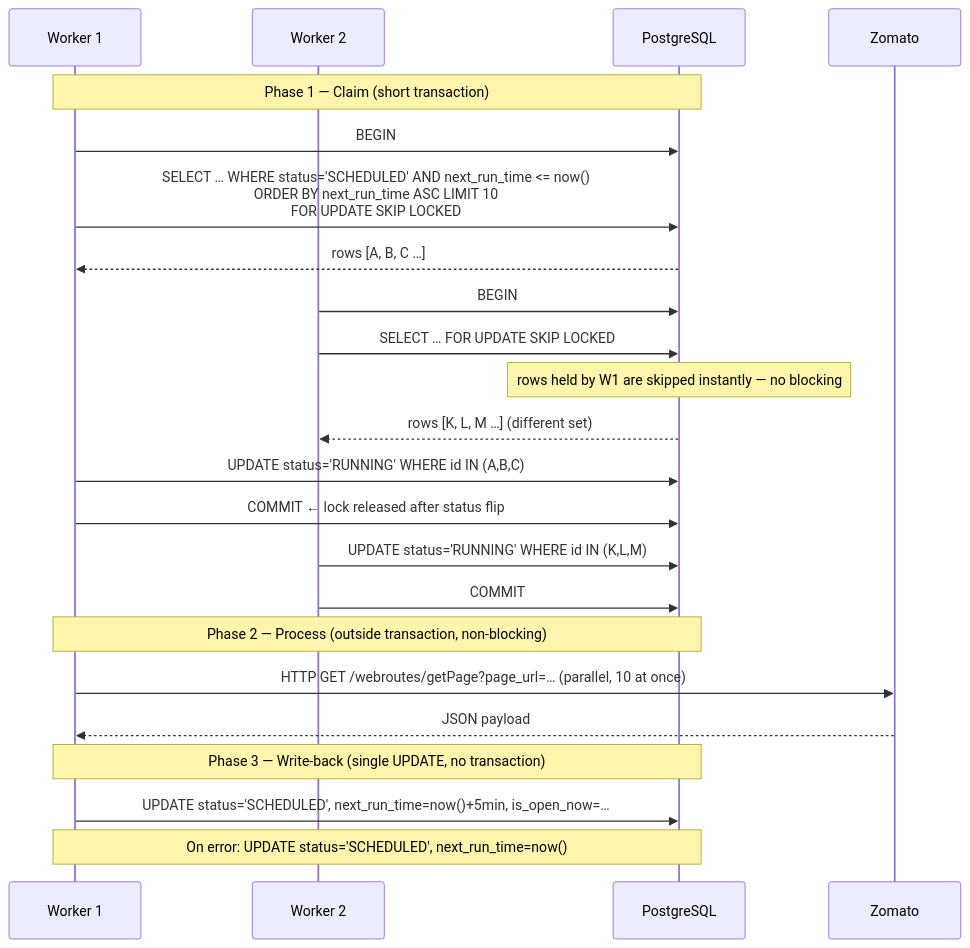
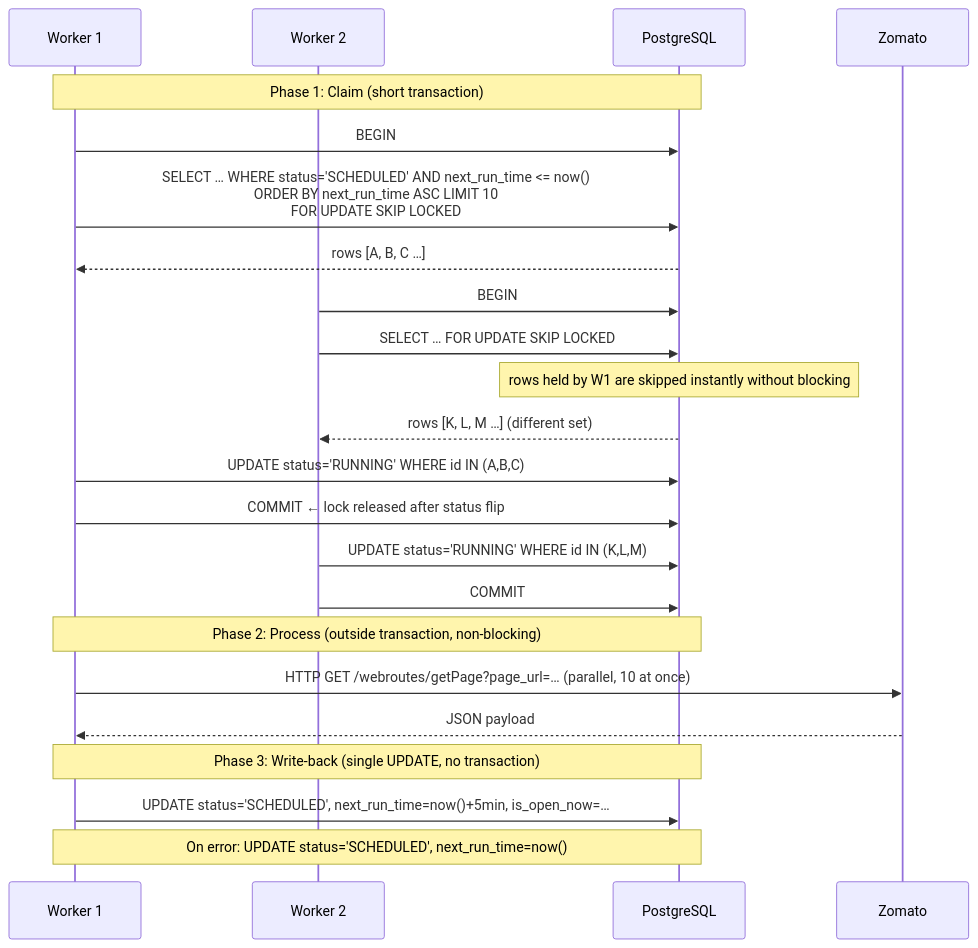
Before and after one commit to arfath-linklet/resto-monitor-mono: the first of 3 diagrams in DESIGN.md, drawn with Mermaid. The commit also changed other lines of this file, not shown here.

````diff
--- a/DESIGN.md
+++ b/DESIGN.md
@@ -77,27 +77,27 @@
 ```mermaid
 sequenceDiagram
     participant W1 as Worker 1
     participant W2 as Worker 2
     participant PG as PostgreSQL
 
-    Note over W1,PG: Phase 1 — Claim (short transaction)
+    Note over W1,PG: Phase 1: Claim (short transaction)
     W1->>PG: BEGIN
     W1->>PG: SELECT … WHERE status='SCHEDULED' AND next_run_time <= now()<br/>ORDER BY next_run_time ASC LIMIT 10<br/>FOR UPDATE SKIP LOCKED
     PG-->>W1: rows [A, B, C …]
     W2->>PG: BEGIN
     W2->>PG: SELECT … FOR UPDATE SKIP LOCKED
-    Note over PG: rows held by W1 are skipped instantly — no blocking
+    Note over PG: rows held by W1 are skipped instantly without blocking
     PG-->>W2: rows [K, L, M …]  (different set)
     W1->>PG: UPDATE status='RUNNING' WHERE id IN (A,B,C)
     W1->>PG: COMMIT  ← lock released after status flip
     W2->>PG: UPDATE status='RUNNING' WHERE id IN (K,L,M)
     W2->>PG: COMMIT
 
-    Note over W1,PG: Phase 2 — Process (outside transaction, non-blocking)
+    Note over W1,PG: Phase 2: Process (outside transaction, non-blocking)
     W1->>Zomato: HTTP GET /webroutes/getPage?page_url=…  (parallel, 10 at once)
     Zomato-->>W1: JSON payload
 
-    Note over W1,PG: Phase 3 — Write-back (single UPDATE, no transaction)
+    Note over W1,PG: Phase 3: Write-back (single UPDATE, no transaction)
     W1->>PG: UPDATE status='SCHEDULED', next_run_time=now()+5min, is_open_now=…
     Note over W1,PG: On error: UPDATE status='SCHEDULED', next_run_time=now()
 ```
````
